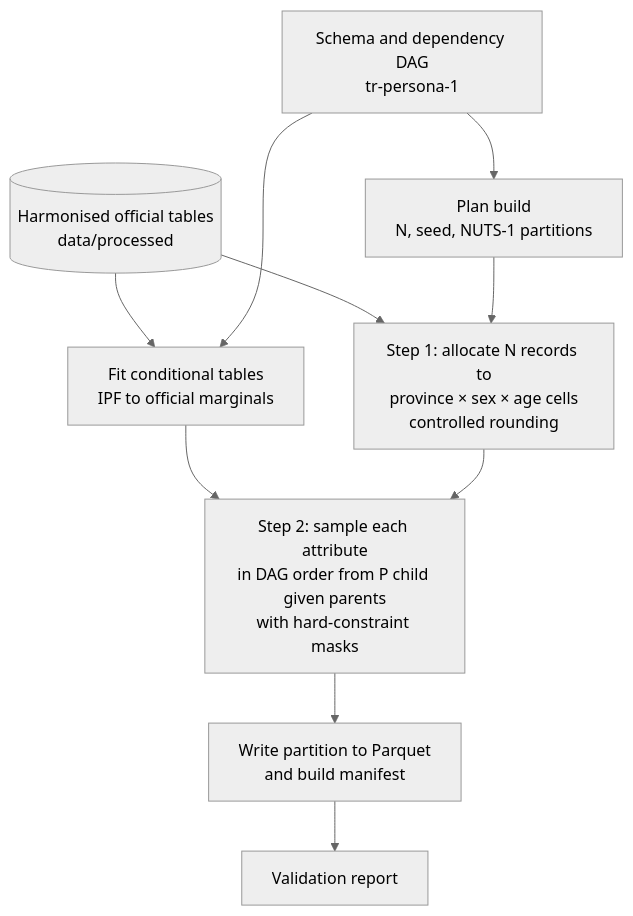
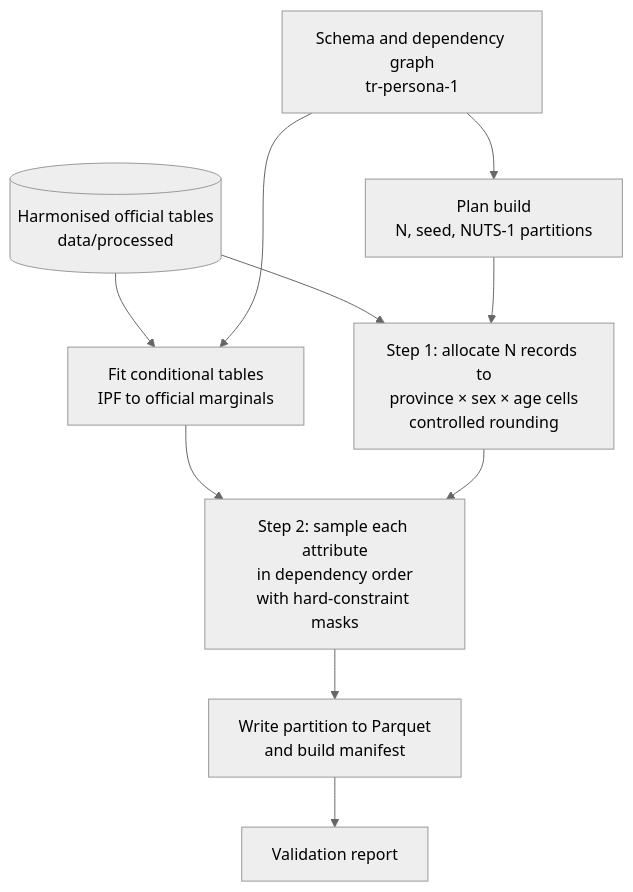
The third of 6 diagrams in docs/societytwin-v2-architecture.md (Samotic/AI-powered-digital-society-twin), drawn with Mermaid (neutral theme) before and after one commit. The commit also changed other lines of this file and 12 other files, not shown here.

First line of the commit message:
docs: refine SocietyTwin v2 architecture and scale assumptions

````diff
--- a/docs/societytwin-v2-architecture.md
+++ b/docs/societytwin-v2-architecture.md
@@ -266,21 +398,21 @@
 ```mermaid
 flowchart TD
     T[("Harmonised official tables<br/>data/processed")]
-    S["Schema and dependency DAG<br/>tr-persona-1"]
+    S["Schema and dependency graph<br/>tr-persona-1"]
     F["Fit conditional tables<br/>IPF to official marginals"]
     P["Plan build<br/>N, seed, NUTS-1 partitions"]
     J["Step 1: allocate N records to<br/>province × sex × age cells<br/>controlled rounding"]
-    C["Step 2: sample each attribute<br/>in DAG order from P child given parents<br/>with hard-constraint masks"]
+    C["Step 2: sample each attribute<br/>in dependency order<br/>with hard-constraint masks"]
     W["Write partition to Parquet<br/>and build manifest"]
     V["Validation report"]
 
     T --> F
     S --> F
     S --> P
     T --> J
     P --> J
     F --> C
     J --> C
     C --> W
     W --> V
 ```
````
